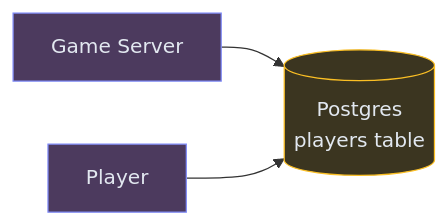
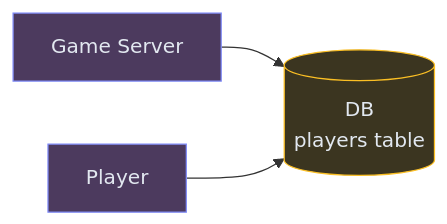
Before and after one commit to iluzn/HLD-Designs: the first of 7 diagrams in content/hld/Leaderboard.md, drawn with Mermaid. The commit also changed other lines of this file, not shown here.

````diff
--- a/content/hld/Leaderboard.md
+++ b/content/hld/Leaderboard.md
@@ -25,12 +25,12 @@
 ```mermaid
 flowchart LR
     GAME["Game Server"]:::client
-    DB[("Postgres<br/>players table")]:::data
+    DB[("DB<br/>players table")]:::data
     USER["Player"]:::client
 
     GAME --> DB
     USER --> DB
 
     classDef client fill:#4c3a5e,stroke:#818cf8,color:#e2e8f0
     classDef data fill:#3b3520,stroke:#fbbf24,color:#e2e8f0
 ```
````
